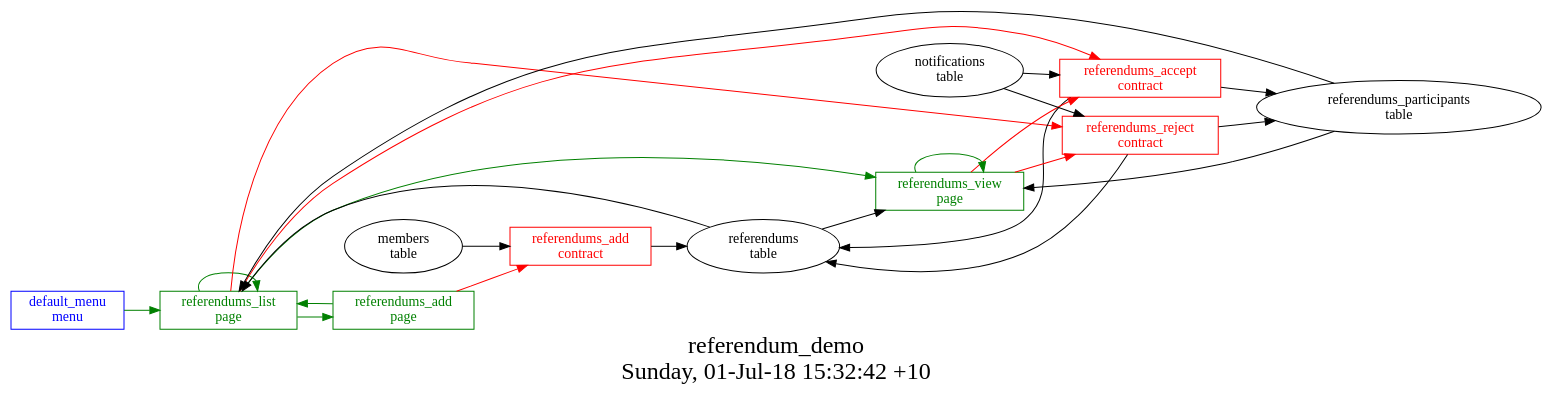
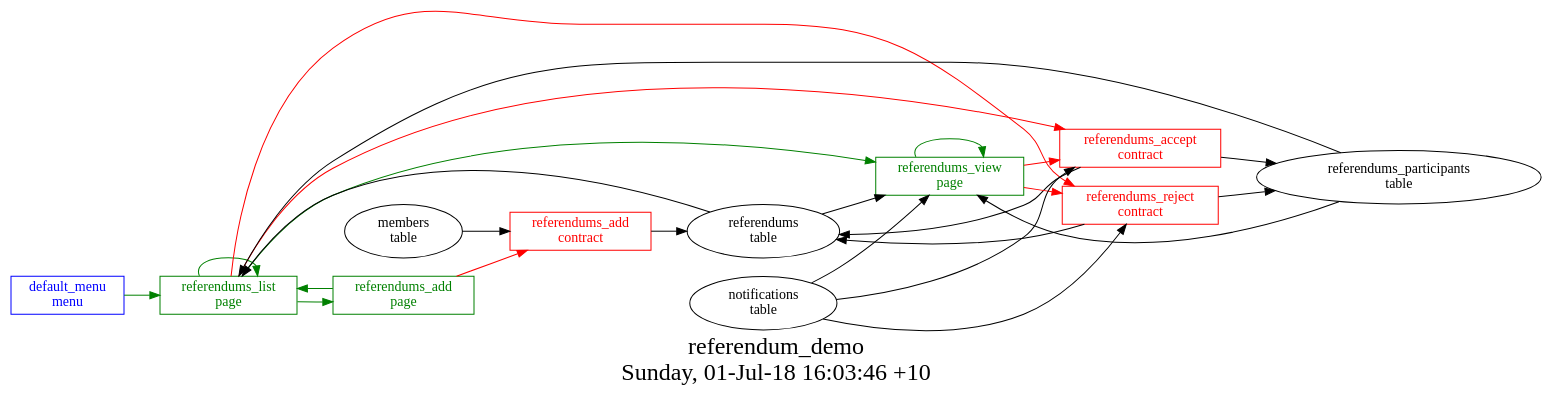
Before and after one commit to AplaProject/apps: the diagram in quick-start/referendum_demo/struct.dot, drawn with Graphviz. The commit also changed 14 other files, not shown here.

```diff
--- a/quick-start/referendum_demo/struct.dot
+++ b/quick-start/referendum_demo/struct.dot
@@ -1,40 +1,41 @@
 digraph G {
 fontsize="24";
-label="referendum_demo\nSunday, 01-Jul-18 15:32:42 +10";
+label="referendum_demo\nSunday, 01-Jul-18 16:03:46 +10";
 nojustify=true;
 ordering=out;
 rankdir=LR;
 size="30";
 "default_menu\nmenu" -> "referendums_list\npage"  [ color=green ]
 "default_menu\nmenu" [color=blue, fontcolor=blue, group=menus, shape=record];
 "referendums_add\npage" -> "referendums_add\ncontract"  [ color=red ]
 "referendums_add\npage" -> "referendums_list\npage"  [ color=green ]
 "referendums_add\npage" [color=green, fontcolor=green, group=pages, shape=record];
 "referendums_list\npage" -> "referendums_reject\ncontract"  [ color=red ]
 "referendums_list\npage" -> "referendums_accept\ncontract"  [ color=red ]
 "referendums\ntable" -> "referendums_list\npage"
 "referendums_participants\ntable" -> "referendums_list\npage"
 "referendums_list\npage" -> "referendums_view\npage"  [ color=green ]
 "referendums_list\npage" -> "referendums_list\npage"  [ color=green ]
 "referendums_list\npage" -> "referendums_add\npage"  [ color=green ]
 "referendums_list\npage" [color=green, fontcolor=green, group=pages, shape=record];
 "referendums_view\npage" -> "referendums_accept\ncontract"  [ color=red ]
 "referendums_view\npage" -> "referendums_reject\ncontract"  [ color=red ]
+"notifications\ntable" -> "referendums_view\npage"
 "referendums\ntable" -> "referendums_view\npage"
 "referendums_participants\ntable" -> "referendums_view\npage"
 "referendums_view\npage" -> "referendums_view\npage"  [ color=green ]
 "referendums_view\npage" [color=green, fontcolor=green, group=pages, shape=record];
 "referendums_accept\ncontract" -> "referendums\ntable"  [ color="" ]
 "referendums_accept\ncontract" -> "referendums_participants\ntable"  [ color="" ]
 "notifications\ntable" -> "referendums_accept\ncontract"
 "referendums_accept\ncontract" [color=red, fontcolor=red, group=contracts, shape=record];
 "referendums_add\ncontract" -> "referendums\ntable"  [ color="" ]
 "members\ntable" -> "referendums_add\ncontract"
 "referendums_add\ncontract" [color=red, fontcolor=red, group=contracts, shape=record];
 "referendums_reject\ncontract" -> "referendums\ntable"  [ color="" ]
 "referendums_reject\ncontract" -> "referendums_participants\ntable"  [ color="" ]
 "notifications\ntable" -> "referendums_reject\ncontract"
 "referendums_reject\ncontract" [color=red, fontcolor=red, group=contracts, shape=record];
 "referendums\ntable" [color="", fontcolor="", group=tables, shape=""];
 "referendums_participants\ntable" [color="", fontcolor="", group=tables, shape=""];
 }
```
